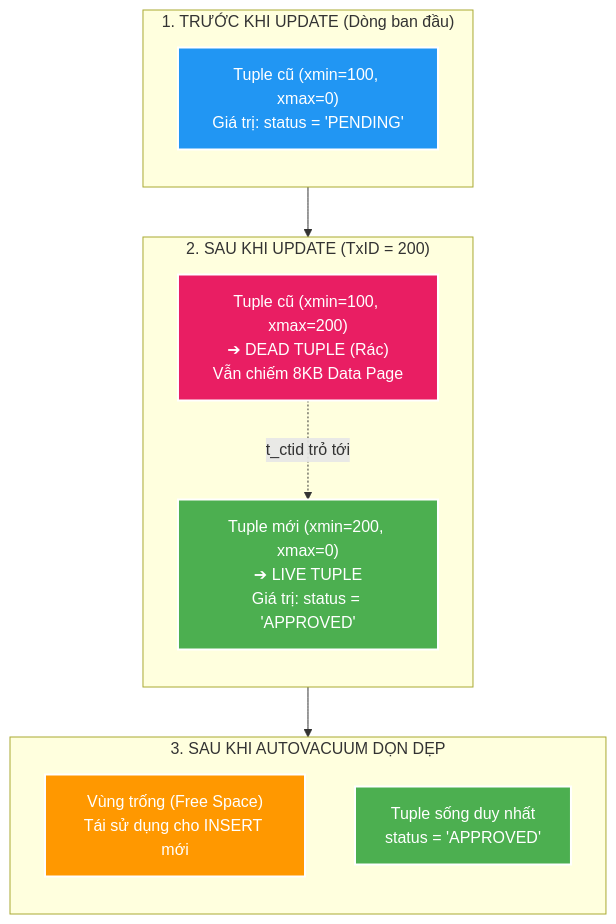
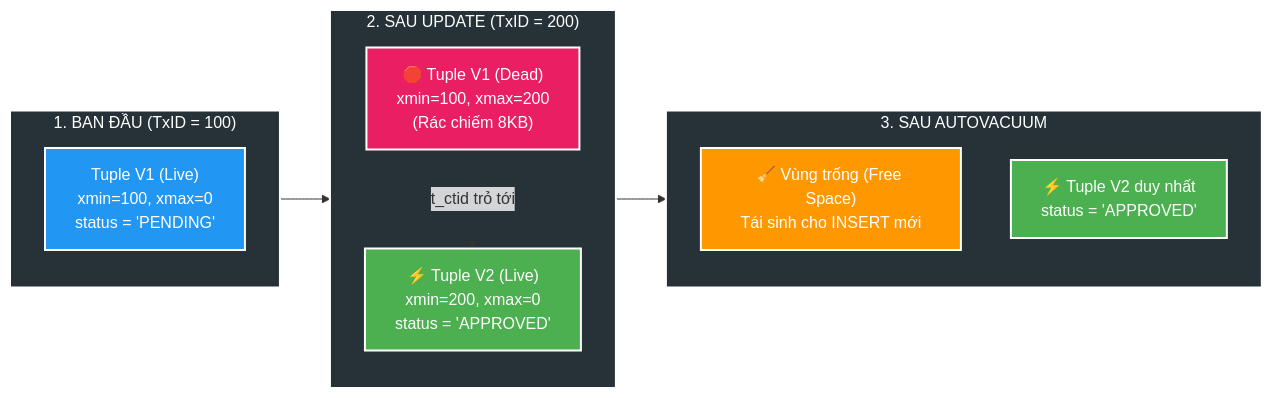
The fourth of 10 diagrams in manual/learning/deep-dive/database-internals/00-postgresql-engine-mental-model-and-optimization-playbook.md (HungPhan200591/file-mngt-be-v2), drawn with Mermaid before and after one commit. The commit also changed other lines of this file, not shown here.

Commit message:
feat(docs): enhance PostgreSQL engine optimization playbook with detailed diagrams and explanations

````diff
--- a/manual/learning/deep-dive/database-internals/00-postgresql-engine-mental-model-and-optimization-playbook.md
+++ b/manual/learning/deep-dive/database-internals/00-postgresql-engine-mental-model-and-optimization-playbook.md
@@ -134,28 +144,30 @@
 ```mermaid
-flowchart TD
-    subgraph MVCC_BEFORE["1. TRƯỚC KHI UPDATE (Dòng ban đầu)"]
+flowchart LR
+    subgraph PHASE1["1. BAN ĐẦU (TxID = 100)"]
         direction TB
-        OLD_ROW["Tuple cũ (xmin=100, xmax=0)<br/>Giá trị: status = 'PENDING'"]
+        ROW_V1["Tuple V1 (Live)<br/>xmin=100, xmax=0<br/>status = 'PENDING'"]
     end
 
-    subgraph MVCC_AFTER["2. SAU KHI UPDATE (TxID = 200)"]
+    subgraph PHASE2["2. SAU UPDATE (TxID = 200)"]
         direction TB
-        DEAD_ROW["Tuple cũ (xmin=100, xmax=200)<br/>➔ DEAD TUPLE (Rác)<br/>Vẫn chiếm 8KB Data Page"]
-        NEW_ROW["Tuple mới (xmin=200, xmax=0)<br/>➔ LIVE TUPLE<br/>Giá trị: status = 'APPROVED'"]
-        DEAD_ROW -.->|"t_ctid trỏ tới"| NEW_ROW
+        ROW_DEAD["🛑 Tuple V1 (Dead)<br/>xmin=100, xmax=200<br/>(Rác chiếm 8KB)"]
+        ROW_V2["⚡ Tuple V2 (Live)<br/>xmin=200, xmax=0<br/>status = 'APPROVED'"]
+        ROW_DEAD -.->|"t_ctid trỏ tới"| ROW_V2
     end
 
-    subgraph MVCC_VACUUM["3. SAU KHI AUTOVACUUM DỌN DẸP"]
+    subgraph PHASE3["3. SAU AUTOVACUUM"]
         direction TB
-        FREE_SPACE["Vùng trống (Free Space)<br/>Tái sử dụng cho INSERT mới"]
-        LIVE_ONLY["Tuple sống duy nhất<br/>status = 'APPROVED'"]
+        FREE_SPACE["🧹 Vùng trống (Free Space)<br/>Tái sinh cho INSERT mới"]
+        ROW_LIVE["⚡ Tuple V2 duy nhất<br/>status = 'APPROVED'"]
     end
 
-    MVCC_BEFORE --> MVCC_AFTER --> MVCC_VACUUM
-
-    style OLD_ROW fill:#2196F3,stroke:#fff,stroke-width:2px,color:#fff
-    style DEAD_ROW fill:#E91E63,stroke:#fff,stroke-width:2px,color:#fff
-    style NEW_ROW fill:#4CAF50,stroke:#fff,stroke-width:2px,color:#fff
+    PHASE1 --> PHASE2 --> PHASE3
+    style PHASE1 fill:#263238,stroke:#fff,stroke-width:2px,color:#fff
+    style ROW_V1 fill:#2196F3,stroke:#fff,stroke-width:2px,color:#fff
+    style PHASE2 fill:#263238,stroke:#fff,stroke-width:2px,color:#fff
+    style ROW_DEAD fill:#E91E63,stroke:#fff,stroke-width:2px,color:#fff
+    style ROW_V2 fill:#4CAF50,stroke:#fff,stroke-width:2px,color:#fff
+    style PHASE3 fill:#263238,stroke:#fff,stroke-width:2px,color:#fff
     style FREE_SPACE fill:#FF9800,stroke:#fff,stroke-width:2px,color:#fff
-    style LIVE_ONLY fill:#4CAF50,stroke:#fff,stroke-width:2px,color:#fff
+    style ROW_LIVE fill:#4CAF50,stroke:#fff,stroke-width:2px,color:#fff
 ```
````
